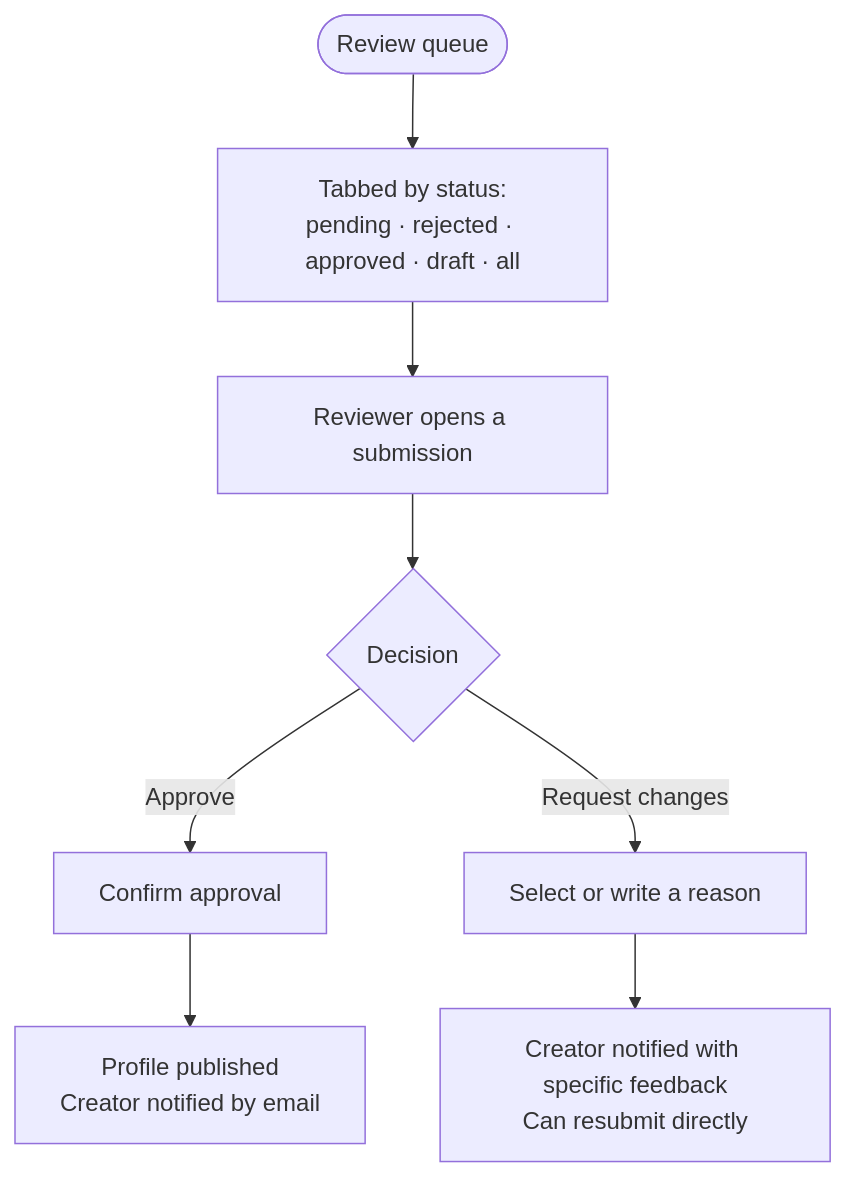
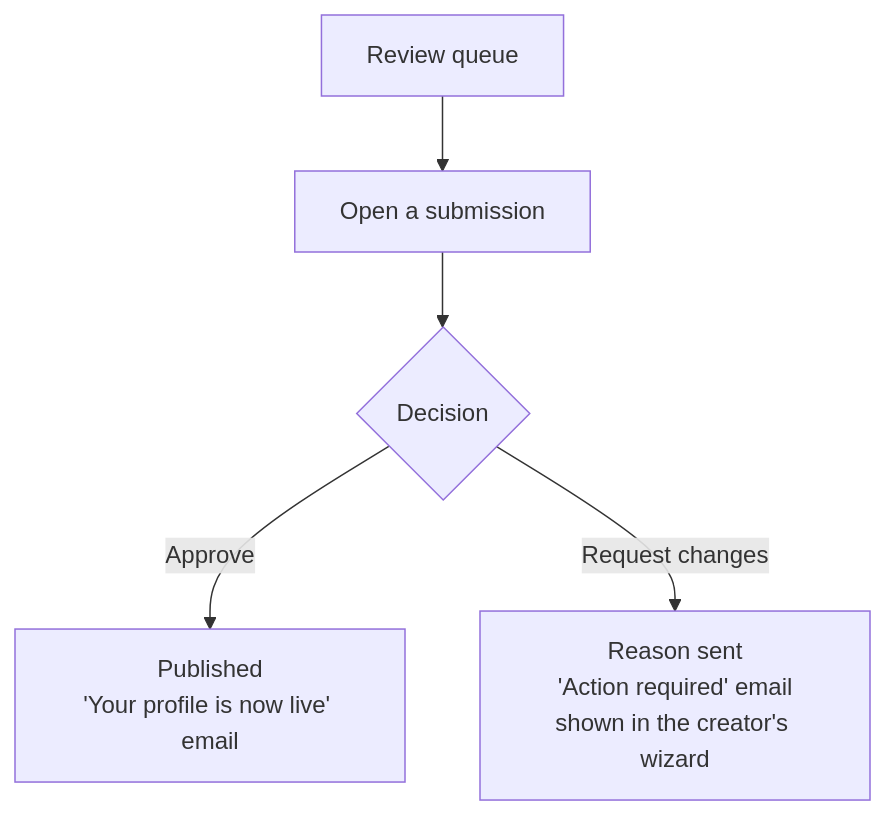
One commit to ss-travingat/devportal changed the second of 3 diagrams in src/docs/Admin-Platform.md. Above: the diagram before and after it, drawn with Mermaid. The commit also changed other lines of this file and 7 other files, not shown here.

````diff
--- a/src/docs/Admin-Platform.md
+++ b/src/docs/Admin-Platform.md
@@ -37,10 +42,7 @@
 ```mermaid
 flowchart TD
-    Enter(["Review queue"]) --> Tabs["Tabbed by status:\npending · rejected · approved · draft · all"]
-    Tabs --> Row["Reviewer opens a submission"]
-    Row --> Decision{"Decision"}
-    Decision -->|Approve| Confirm["Confirm approval"]
-    Confirm --> Publish["Profile published\nCreator notified by email"]
-    Decision -->|Request changes| Reason["Select or write a reason"]
-    Reason --> Notify["Creator notified with specific feedback\nCan resubmit directly"]
+    Q["Review queue"] --> Open["Open a submission"]
+    Open --> D{"Decision"}
+    D -->|Approve| Live["Published\n'Your profile is now live' email"]
+    D -->|Request changes| Why["Reason sent\n'Action required' email\nshown in the creator's wizard"]
 ```
````
